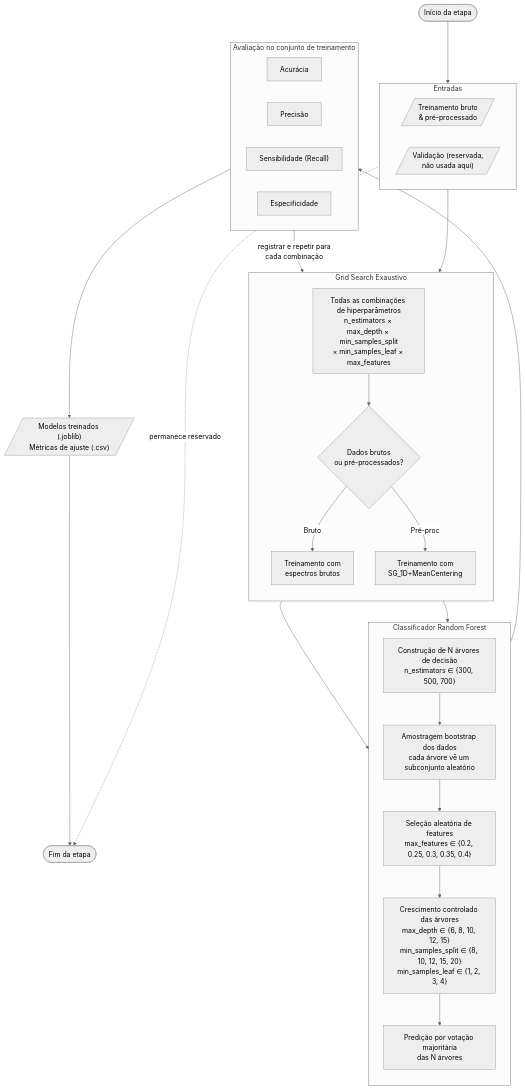
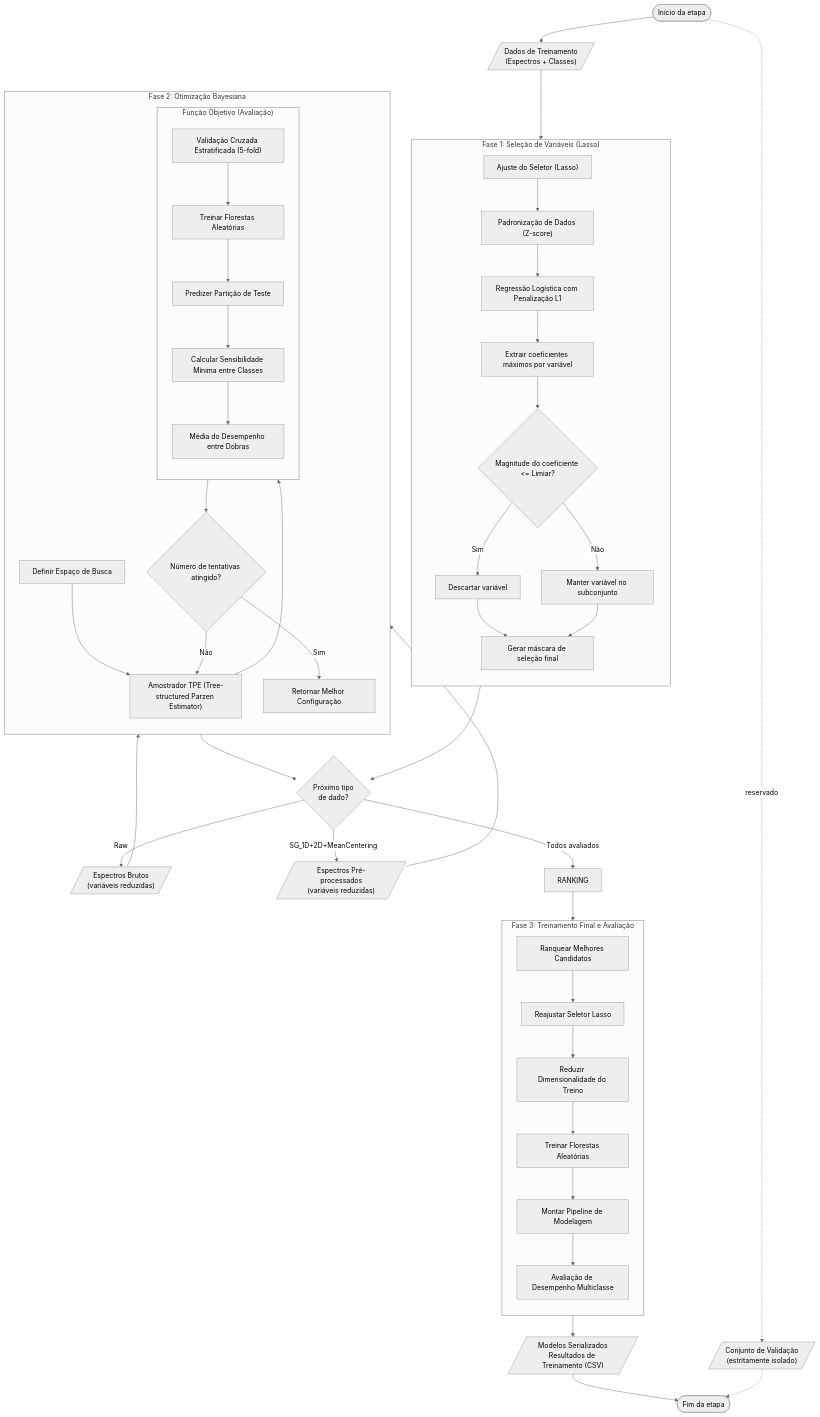
Before and after one commit to A-malta/coffee-nir-quality: the diagram in docs/fluxogramas/04_grid_search.md, drawn with Mermaid. The commit also changed other lines of this file and 30 other files, not shown here.

````diff
--- a/docs/fluxogramas/04_grid_search.md
+++ b/docs/fluxogramas/04_grid_search.md
@@ -12,51 +12,82 @@
 ```mermaid
 ---
 config:
   theme: neutral
-  look: classic
-  fontFamily: '''Open Sans Variable'', sans-serif'
 ---
 flowchart TB
-    A(["Início da etapa"]) --> INP
+    subgraph LassoSelection["Fase 1: Seleção de Variáveis (Lasso)"]
+        direction TB
+            L2["Padronização de Dados (Z-score)"]
+            L1["Ajuste do Seletor (Lasso)"]
+            L3["Regressão Logística com Penalização L1"]
+            L4["Extrair coeficientes máximos por variável"]
+            L5{"Magnitude do coeficiente <= Limiar?"}
+            L6["Manter variável no subconjunto"]
+            L7["Descartar variável"]
+            L10["Gerar máscara de seleção final"]
+    end
+    subgraph ObjectiveFunction["Função Objetivo (Avaliação)"]
+        direction TB
+            CV2["Treinar Florestas Aleatórias"]
+            CV1["Validação Cruzada Estratificada (5-fold)"]
+            CV3["Predizer Partição de Teste"]
+            CV4["Calcular Sensibilidade Mínima entre Classes"]
+            CV5["Média do Desempenho entre Dobras"]
+    end
+    subgraph OptunaSearch["Fase 2: Otimização Bayesiana"]
+        direction TB
+            O2["Amostrador TPE (Tree-structured Parzen Estimator)"]
+            O1["Definir Espaço de Busca"]
+            ObjectiveFunction
+            O3{"Número de tentativas atingido?"}
+            O4["Retornar Melhor Configuração"]
+    end
+    subgraph FinalTraining["Fase 3: Treinamento Final e Avaliação"]
+        direction TB
+            F2["Reajustar Seletor Lasso"]
+            F1["Ranquear Melhores Candidatos"]
+            F3["Reduzir Dimensionalidade do Treino"]
+            F4["Treinar Florestas Aleatórias"]
+            F5["Montar Pipeline de Modelagem"]
+            F6["Avaliação de Desempenho Multiclasse"]
+    end
+        START([Início da etapa]) --> LOAD[/"Dados de Treinamento<br>(Espectros + Classes)"/]
+        START -. "reservado" .-> VAL[/"Conjunto de Validação<br>(estritamente isolado)"/]
+        LOAD --> L1
+        L1 --> L2
+        L2 --> L3
+        L3 --> L4
+        L4 --> L5
+        L5 -- "Sim" --> L7
+        L5 -- "Não" --> L6
+        L7 --> L10
+        L6 --> L10
+        L10 --> D_TYPE{"Próximo tipo<br>de dado?"}
+        D_TYPE -- "Raw" --> DATA_RAW[/"Espectros Brutos<br>(variáveis reduzidas)"/]
+        D_TYPE -- "SG_1D+2D+MeanCentering" --> DATA_PRE[/"Espectros Pré-processados<br>(variáveis reduzidas)"/]
+        D_TYPE -- "Todos avaliados" --> RANKING["RANKING"]
+        O1 --> O2
+        CV1 --> CV2
+        CV2 --> CV3
+        CV3 --> CV4
+        CV4 --> CV5
+        O2 --> ObjectiveFunction
+        CV5 --> O3
+        O3 -- "Não" --> O2
+        O3 -- "Sim" --> O4
+        DATA_RAW --> O1
+        DATA_PRE --> O1
+        O4 --> D_TYPE
+        F1 --> F2
+        F2 --> F3
+        F3 --> F4
+        F4 --> F5
+        F5 --> F6
+        RANKING --> F1
+        F6 --> EXPORT[/"Modelos Serializados<br>Resultados de Treinamento (CSV)"/]
+        EXPORT --> END([Fim da etapa])
+        VAL -.-> END
 
-    subgraph INP["Entradas"]
-        direction LR
-        TR[/"Treinamento bruto<br>& pré-processado"/]
-        VAL[/"Validação (reservada,<br>não usada aqui)"/]
-    end
-
-    subgraph GS["Grid Search Exaustivo"]
-        direction TB
-        G["Todas as combinações de hiperparâmetros<br>n_estimators × max_depth × min_samples_split<br>× min_samples_leaf × max_features"]
-        G --> H{"Dados brutos<br>ou pré-processados?"}
-        H -- Bruto --> HB["Treinamento com<br>espectros brutos"]
-        H -- Pré-proc --> HP["Treinamento com<br>SG_1D+MeanCentering"]
-    end
-
-    subgraph RF["Classificador Random Forest"]
-        direction TB
-        rf1["Construção de N árvores de decisão<br>n_estimators ∈ {300, 500, 700}"]
-        rf2["Amostragem bootstrap dos dados<br>cada árvore vê um subconjunto aleatório"]
-        rf3["Seleção aleatória de features<br>max_features ∈ {0.2, 0.25, 0.3, 0.35, 0.4}"]
-        rf4["Crescimento controlado das árvores<br>max_depth ∈ {6, 8, 10, 12, 15}<br>min_samples_split ∈ {8, 10, 12, 15, 20}<br>min_samples_leaf ∈ {1, 2, 3, 4}"]
-        rf5["Predição por votação majoritária<br>das N árvores"]
-        rf1 --> rf2 --> rf3 --> rf4 --> rf5
-    end
-
-    subgraph MET["Avaliação no conjunto de treinamento"]
-        direction LR
-        m1["Acurácia"]
-        m2["Precisão"]
-        m3["Sensibilidade (Recall)"]
-        m4["Especificidade"]
-    end
-
-    INP --> GS
-    HB & HP --> RF
-    RF --> MET
-    MET -->|"registrar e repetir para<br>cada combinação"| H
-
-    MET --> OUT[/"Modelos treinados (.joblib)<br>Métricas de ajuste (.csv)"/]
-    VAL -.->|"permanece reservado"| FIM
-    OUT --> FIM(["Fim da etapa"])
+        style LassoSelection fill:#fcfcfc
+        style OptunaSearch fill:#fcfcfc
 ```
````
